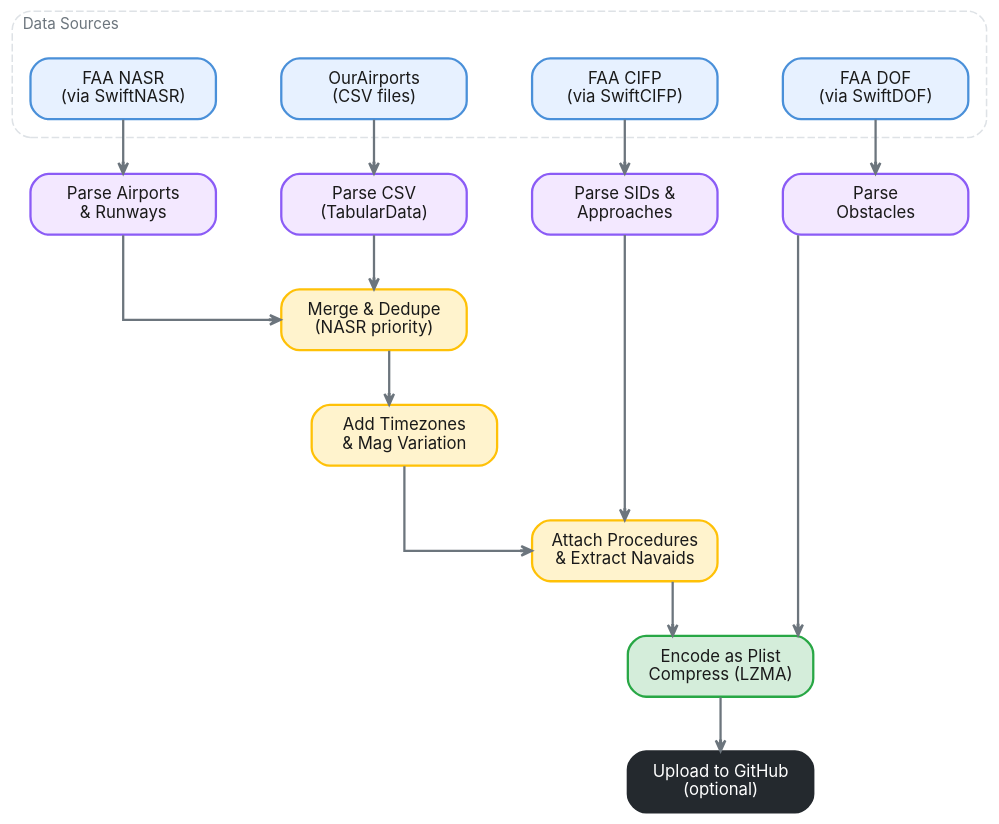
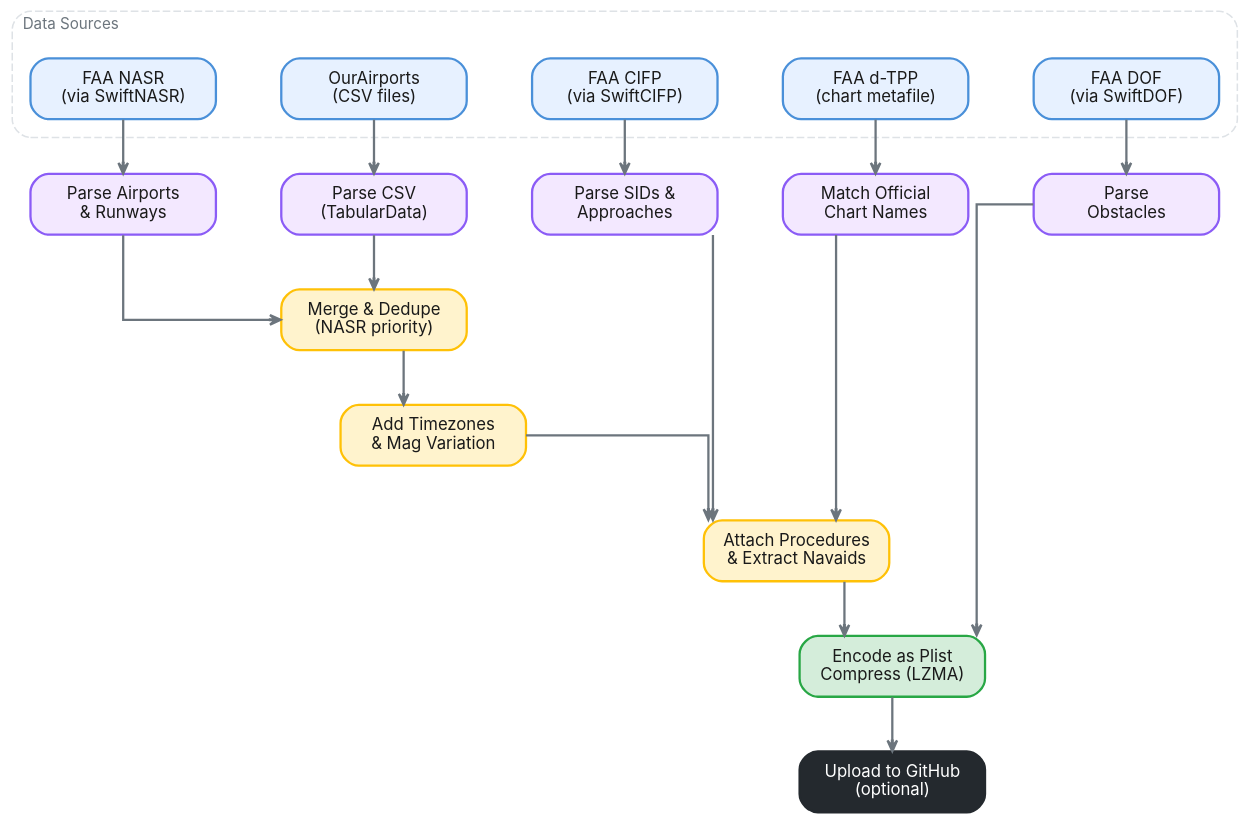
The diagram in DownloadNASR/DownloadNASR.docc/Resources/nav-data-processing-pipeline.dot (SF50-TOLD/iOS), drawn with Graphviz before and after one commit. The commit also changed 5 other files, not shown here.

```diff
--- a/DownloadNASR/DownloadNASR.docc/Resources/nav-data-processing-pipeline.dot
+++ b/DownloadNASR/DownloadNASR.docc/Resources/nav-data-processing-pipeline.dot
@@ -1,139 +1,153 @@
 digraph NavDataProcessingPipeline {
     // Graph settings
     rankdir=TB
     splines=ortho
     nodesep=0.6
     ranksep=0.5
     bgcolor="transparent"
 
     // Modern, clean node styling
     node [
         shape=box
         style="rounded,filled"
         fontname="SF Pro Display, Helvetica Neue, Arial"
         fontsize=11
         fontcolor="#1a1a1a"
         fillcolor="#f8f9fa"
         color="#dee2e6"
         penwidth=1.5
         width=1.7
         height=0.55
     ]
 
     // Edge styling
     edge [
         color="#6c757d"
         penwidth=1.5
         arrowsize=0.7
         arrowhead=vee
     ]
 
     // Data sources
     subgraph cluster_sources {
         label="Data Sources"
         labeljust=l
         labelloc=t
         fontname="SF Pro Display, Helvetica Neue, Arial"
         fontsize=10
         fontcolor="#6c757d"
         style="rounded,dashed"
         color="#dee2e6"
         bgcolor="#ffffff08"
         margin=12
 
         nasr [
             label="FAA NASR\n(via SwiftNASR)"
             fillcolor="#e7f1ff"
             color="#4a90d9"
         ]
 
         ourairports [
             label="OurAirports\n(CSV files)"
             fillcolor="#e7f1ff"
             color="#4a90d9"
         ]
 
         cifp [
             label="FAA CIFP\n(via SwiftCIFP)"
             fillcolor="#e7f1ff"
             color="#4a90d9"
         ]
 
+        dtpp [
+            label="FAA d-TPP\n(chart metafile)"
+            fillcolor="#e7f1ff"
+            color="#4a90d9"
+        ]
+
         dof [
             label="FAA DOF\n(via SwiftDOF)"
             fillcolor="#e7f1ff"
             color="#4a90d9"
         ]
     }
 
     // Parsing stage
     parse_nasr [
         label="Parse Airports\n& Runways"
         fillcolor="#f3e8ff"
         color="#8b5cf6"
     ]
 
     parse_csv [
         label="Parse CSV\n(TabularData)"
         fillcolor="#f3e8ff"
         color="#8b5cf6"
     ]
 
     parse_cifp [
         label="Parse SIDs &\nApproaches"
+        fillcolor="#f3e8ff"
+        color="#8b5cf6"
+    ]
+
+    parse_dtpp [
+        label="Match Official\nChart Names"
         fillcolor="#f3e8ff"
         color="#8b5cf6"
     ]
 
     parse_dof [
         label="Parse\nObstacles"
         fillcolor="#f3e8ff"
         color="#8b5cf6"
     ]
 
     // Processing stages
     merge [
         label="Merge & Dedupe\n(NASR priority)"
         fillcolor="#fff3cd"
         color="#ffc107"
     ]
 
     enrich [
         label="Add Timezones\n& Mag Variation"
         fillcolor="#fff3cd"
         color="#ffc107"
     ]
 
     link [
         label="Attach Procedures\n& Extract Navaids"
         fillcolor="#fff3cd"
         color="#ffc107"
     ]
 
     encode [
         label="Encode as Plist\nCompress (LZMA)"
         fillcolor="#d4edda"
         color="#28a745"
     ]
 
     upload [
         label="Upload to GitHub\n(optional)"
         fillcolor="#24292e"
         fontcolor="#ffffff"
         color="#24292e"
     ]
 
     // Connections
     nasr -> parse_nasr
     ourairports -> parse_csv
     cifp -> parse_cifp
+    dtpp -> parse_dtpp
     dof -> parse_dof
     parse_nasr -> merge
     parse_csv -> merge
     merge -> enrich
     enrich -> link
     parse_cifp -> link
+    parse_dtpp -> link
     link -> encode
     parse_dof -> encode
     encode -> upload
 }
```
